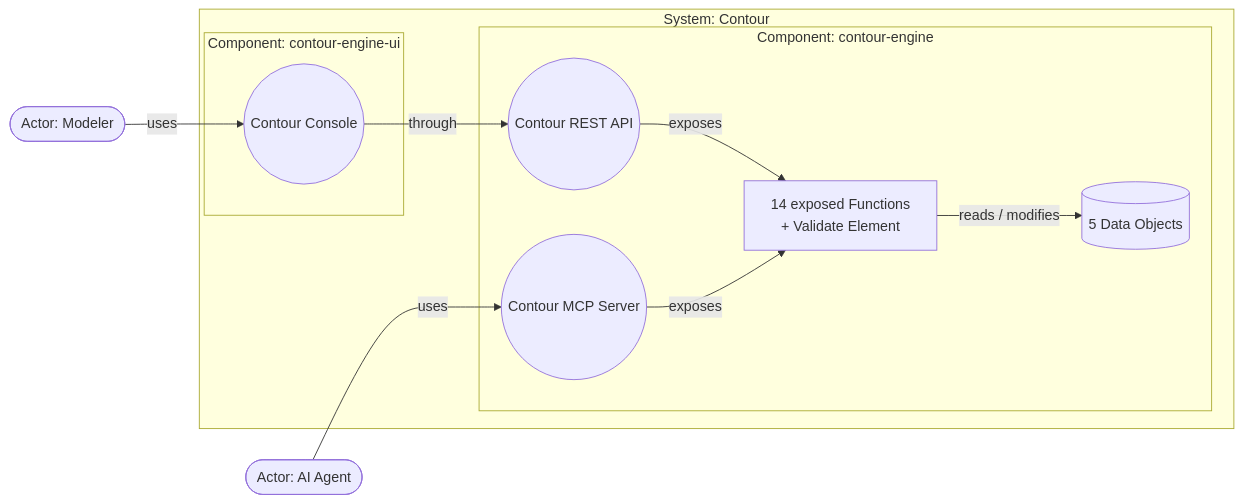
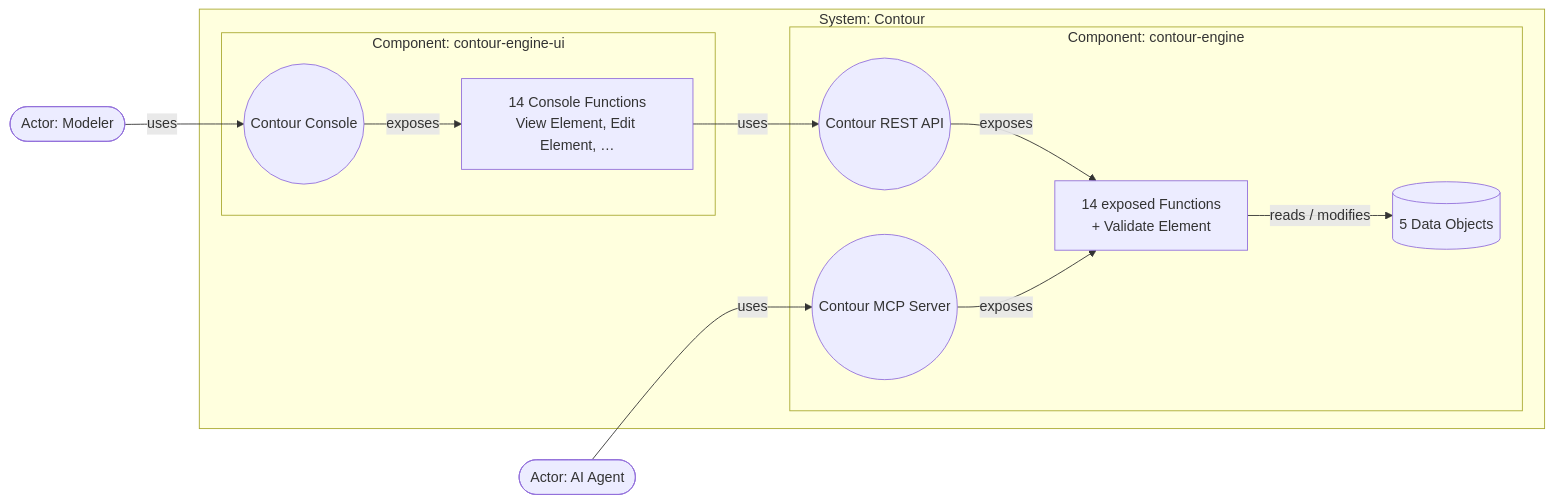
Before and after one commit to mykhailo-kulish/contour: the diagram in contour-v0.5-notes.md, drawn with Mermaid. The commit also changed other lines of this file and 2 other files, not shown here.

First line of the commit message:
v0.5: drop through; Console Functions use the engine's REST API

````diff
--- a/contour-v0.5-notes.md
+++ b/contour-v0.5-notes.md
@@ -73,22 +78,24 @@
 ```mermaid
 graph LR
     Modeler([Actor: Modeler])
     Agent([Actor: AI Agent])
     subgraph Contour [System: Contour]
         subgraph UI [Component: contour-engine-ui]
             Console(("Contour Console"))
+            UIFns["14 Console Functions<br/>View Element, Edit Element, …"]
         end
         subgraph Engine [Component: contour-engine]
             REST(("Contour REST API"))
             MCP(("Contour MCP Server"))
             Fns["14 exposed Functions<br/>+ Validate Element"]
             Data[(5 Data Objects)]
         end
     end
     Modeler -->|uses| Console
     Agent -->|uses| MCP
-    Console -->|through| REST
+    Console -->|exposes| UIFns
+    UIFns -->|uses| REST
     REST -->|exposes| Fns
     MCP -->|exposes| Fns
     Fns -->|reads / modifies| Data
 ```
````
